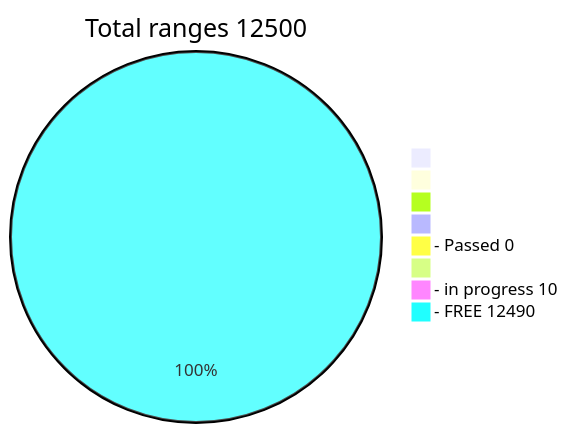
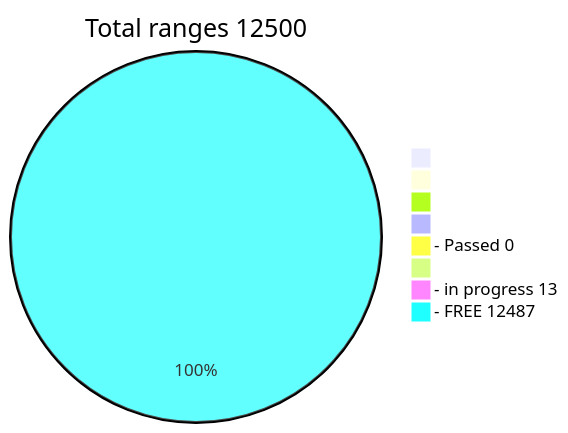
One commit to phrutis/Passphrases changed the diagram in README.md. Above: the diagram before and after it, drawn with Mermaid.

````diff
--- a/README.md
+++ b/README.md
@@ -3,12 +3,12 @@
 ```mermaid
 pie title Total ranges 12500
              " " : 0
             "  " : 0
            "   " : 0
           "    " : 0
   "- Passed 0" : 0
          "     " : 0
-  "- in progress 10" : 10
-   "- FREE 12490" : 12490
+  "- in progress 13" : 13
+   "- FREE 12487" : 12487
    
 ```
````
